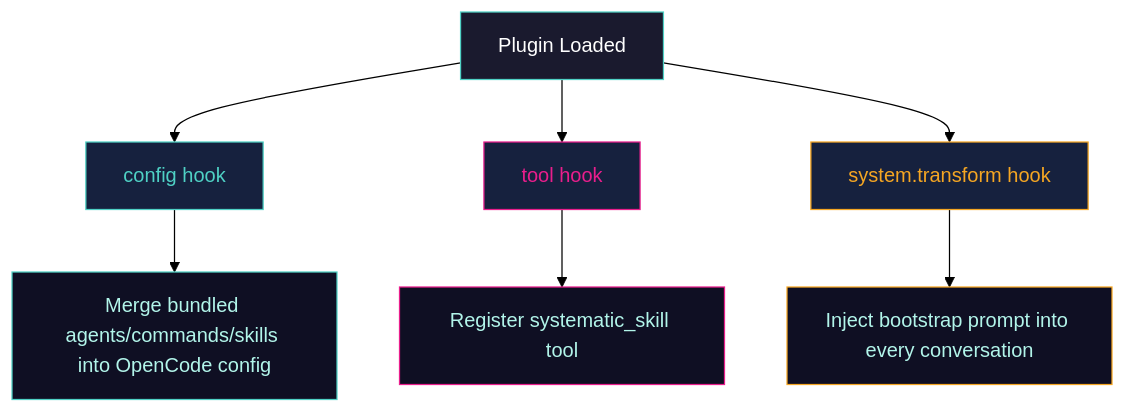
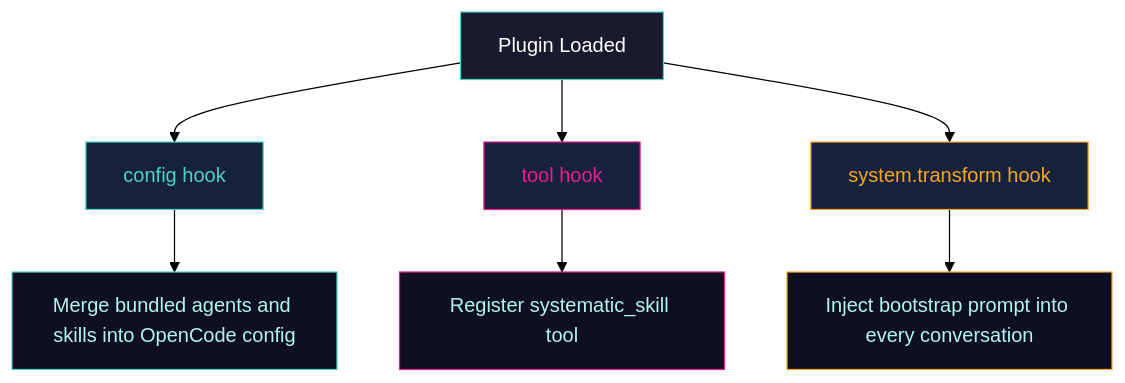
One commit to marcusrbrown/systematic changed the diagram in docs/src/content/docs/guides/architecture.mdx. Above: the diagram before and after it, drawn with Mermaid (forest theme). The commit also changed other lines of this file and 18 other files, not shown here.

First line of the commit message:
feat: remove bundled commands and update documentation for skills-only model (#221)

````diff
--- a/docs/src/content/docs/guides/architecture.mdx
+++ b/docs/src/content/docs/guides/architecture.mdx
@@ -20,18 +20,18 @@
 ```mermaid
 flowchart TB
     A[Plugin Loaded] --> B[config hook]
     A --> C[tool hook]
     A --> D[system.transform hook]
 
-    B --> E[Merge bundled agents/commands/skills into OpenCode config]
+    B --> E[Merge bundled agents and skills into OpenCode config]
     C --> F[Register systematic_skill tool]
     D --> G[Inject bootstrap prompt into every conversation]
 
     style A fill:#1a1a2e,stroke:#4FD1C5,color:#fff
     style B fill:#16213e,stroke:#4FD1C5,color:#4FD1C5
     style C fill:#16213e,stroke:#E91E8C,color:#E91E8C
     style D fill:#16213e,stroke:#F5A623,color:#F5A623
     style E fill:#0f0f23,stroke:#4FD1C5,color:#B2F5EA
     style F fill:#0f0f23,stroke:#E91E8C,color:#B2F5EA
     style G fill:#0f0f23,stroke:#F5A623,color:#B2F5EA
 ```
````
